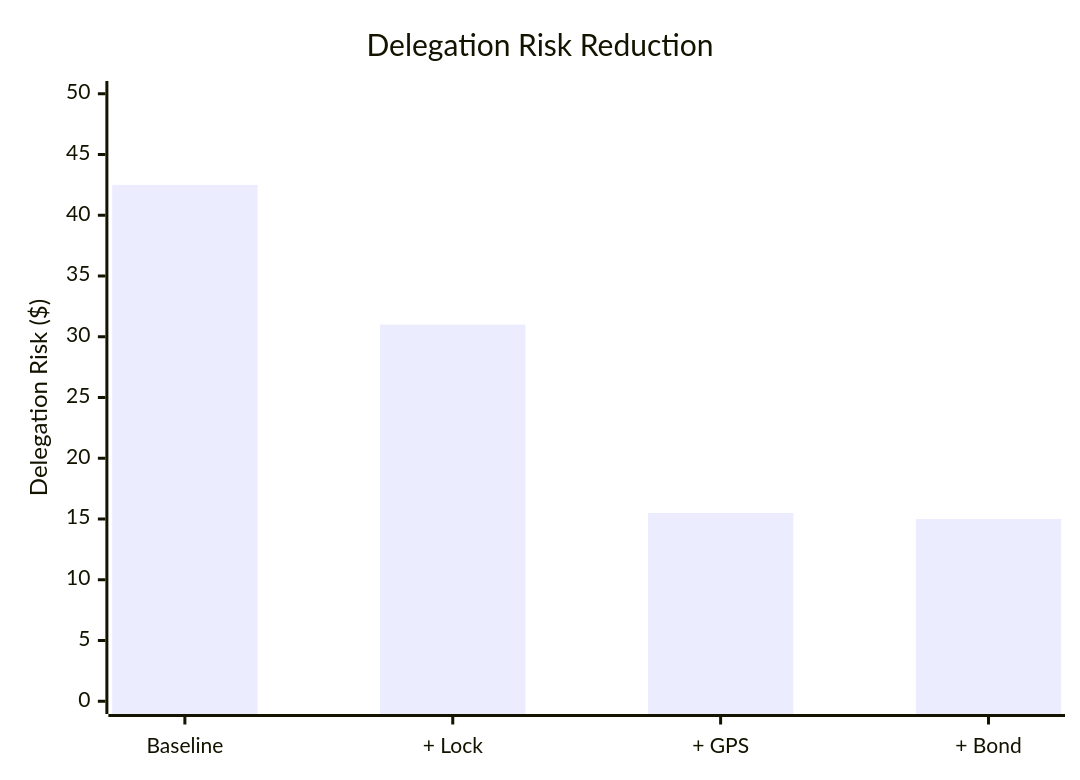
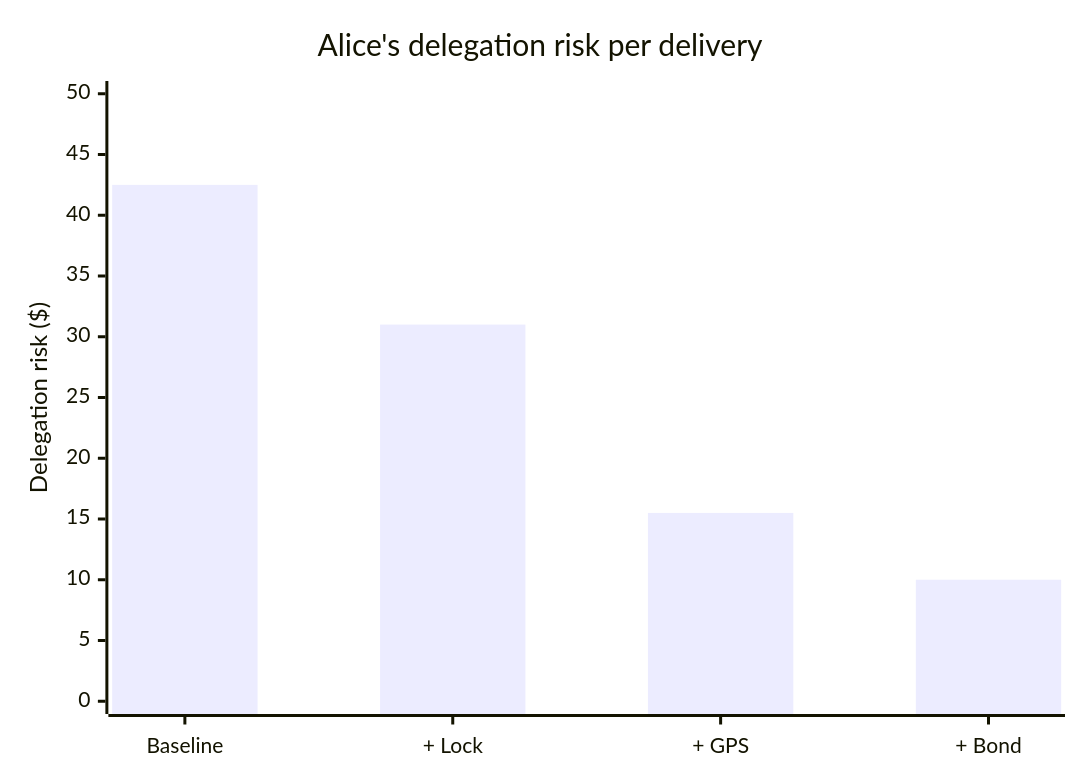
One commit to quantified-uncertainty/cairn changed the diagram in apps/delegation-risk/src/content/docs/delegation-risk/walkthrough.md. Above: the diagram before and after it, drawn with Mermaid. The commit also changed other lines of this file and 253 other files, not shown here.

````diff
--- a/apps/delegation-risk/src/content/docs/delegation-risk/walkthrough.md
+++ b/apps/delegation-risk/src/content/docs/delegation-risk/walkthrough.md
@@ -179,7 +49,7 @@
 ```mermaid
 xychart-beta
-    title "Delegation Risk Reduction"
+    title "Alice's delegation risk per delivery"
     x-axis ["Baseline", "+ Lock", "+ GPS", "+ Bond"]
-    y-axis "Delegation Risk ($)" 0 --> 50
-    bar [42.50, 31.00, 15.50, 15.00]
+    y-axis "Delegation risk ($)" 0 --> 50
+    bar [42.50, 31.00, 15.50, 10.00]
 ```
````
